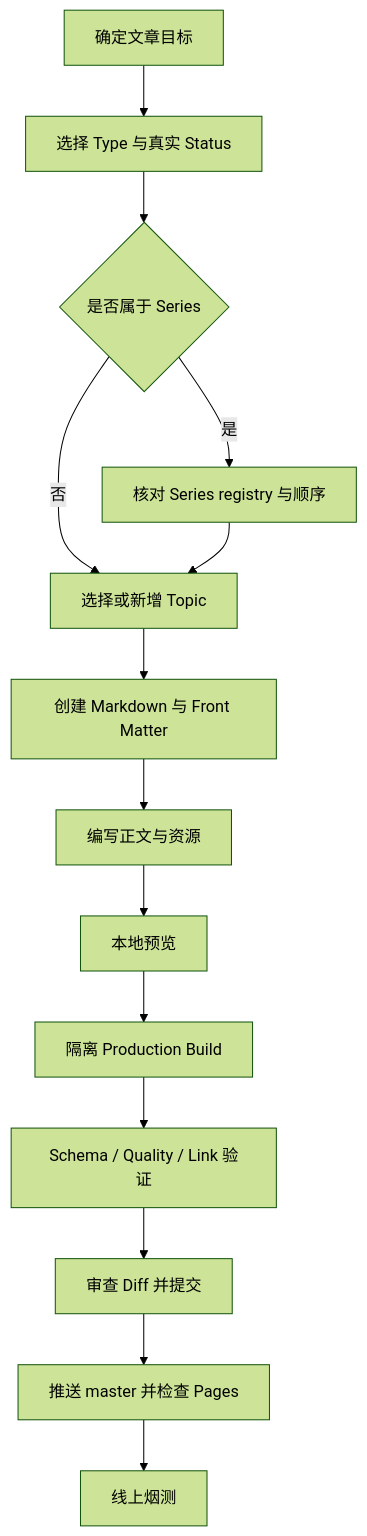
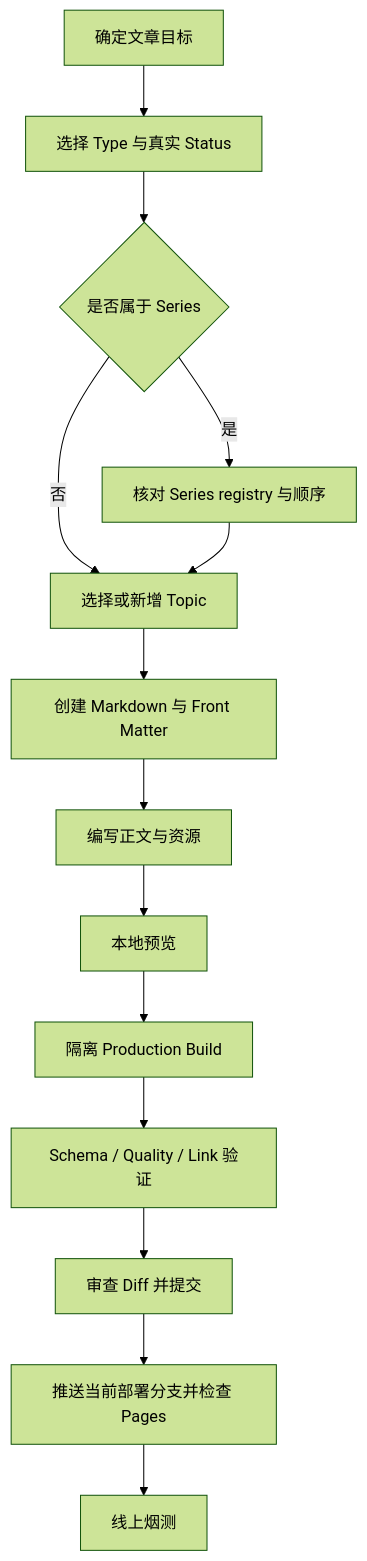
One commit to JingzeChen/jingzechen.github.io changed the diagram in docs/NEW_POST_WORKFLOW.md. Above: the diagram before and after it, drawn with Mermaid (forest theme). The commit also changed other lines of this file and 8 other files, not shown here.

````diff
--- a/docs/NEW_POST_WORKFLOW.md
+++ b/docs/NEW_POST_WORKFLOW.md
@@ -7,16 +7,16 @@
 ```mermaid
 flowchart TD
   A[确定文章目标] --> B[选择 Type 与真实 Status]
   B --> C{是否属于 Series}
   C -->|否| D[选择或新增 Topic]
   C -->|是| E[核对 Series registry 与顺序]
   E --> D
   D --> F[创建 Markdown 与 Front Matter]
   F --> G[编写正文与资源]
   G --> H[本地预览]
   H --> I[隔离 Production Build]
   I --> J[Schema / Quality / Link 验证]
   J --> K[审查 Diff 并提交]
-  K --> L[推送 master 并检查 Pages]
+  K --> L[推送当前部署分支并检查 Pages]
   L --> M[线上烟测]
 ```
````
